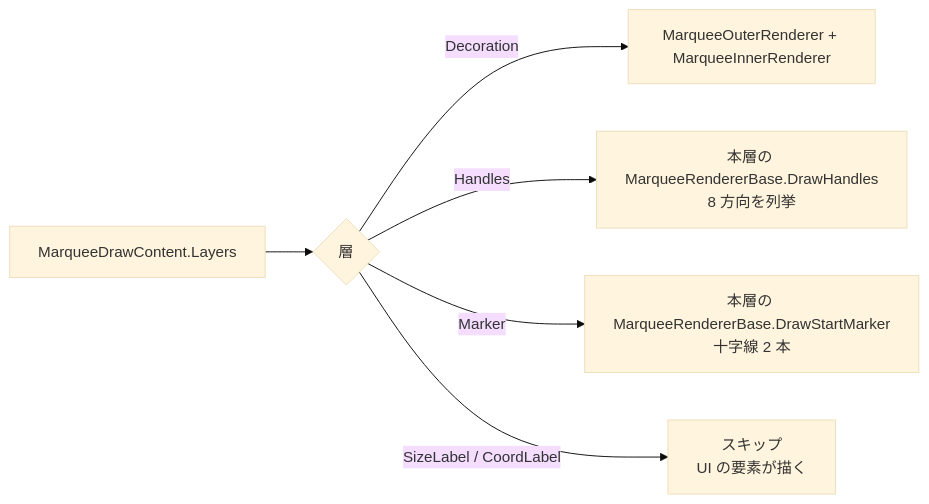
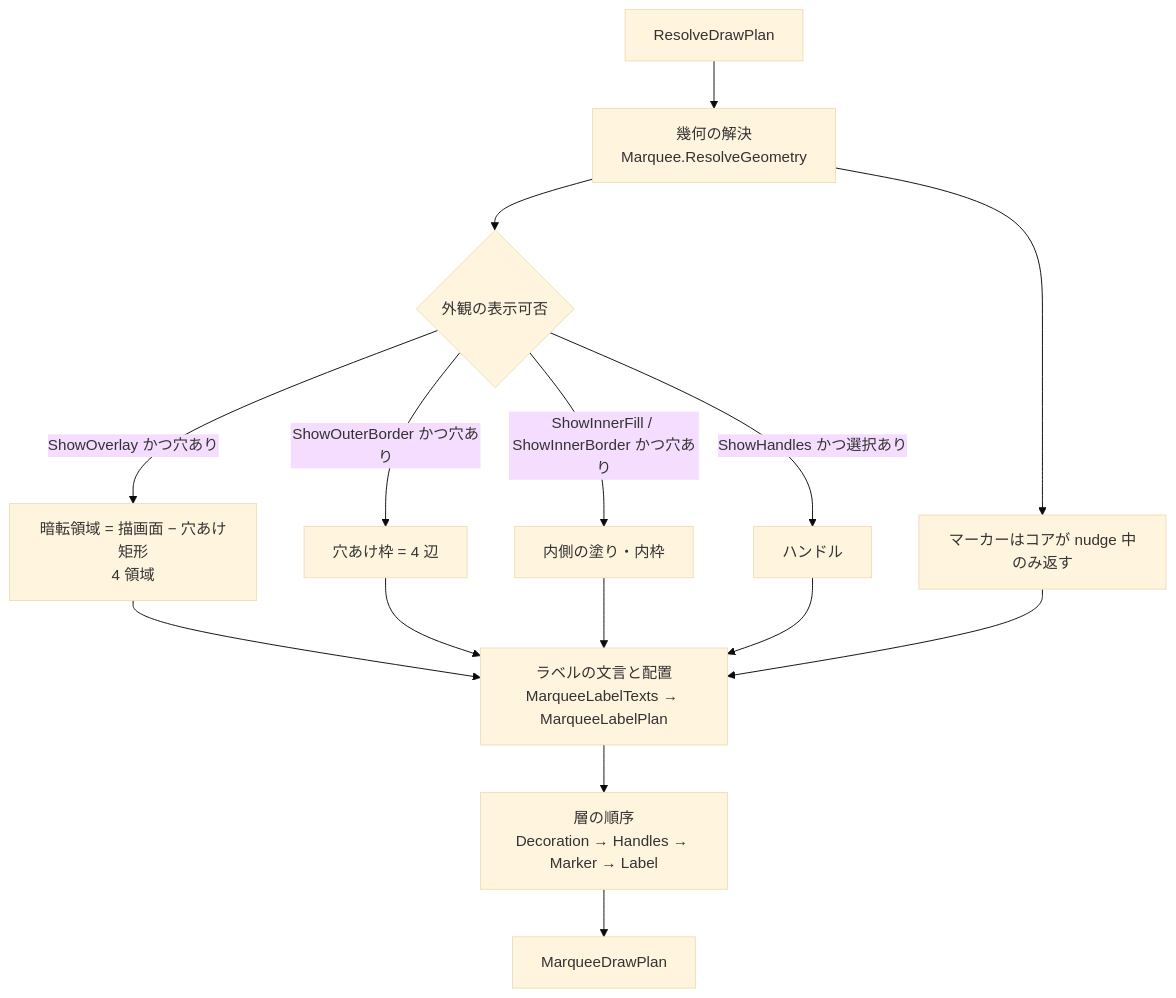
One commit to tomokuni/SaveEvidence changed the second of 2 diagrams in src/Feature.Marquee.Presenter/SPEC_System.md. Above: the diagram before and after it, drawn with Mermaid (base theme). The commit also changed other lines of this file and 4 other files, not shown here.

````diff
--- a/src/Feature.Marquee.Presenter/SPEC_System.md
+++ b/src/Feature.Marquee.Presenter/SPEC_System.md
@@ -74,8 +73,17 @@
 ```mermaid
-flowchart LR
-    A[MarqueeDrawContent.Layers] --> B{層}
-    B -->|Decoration| C[MarqueeOuterRenderer + MarqueeInnerRenderer]
-    B -->|Handles| D[本層の MarqueeRendererBase.DrawHandles<br/>8 方向を列挙]
-    B -->|Marker| E[本層の MarqueeRendererBase.DrawStartMarker<br/>十字線 2 本]
-    B -->|SizeLabel / CoordLabel| F[スキップ<br/>UI の要素が描く]
+flowchart TD
+    A[ResolveDrawPlan] --> B[幾何の解決<br/>Marquee.ResolveGeometry]
+    B --> C{外観の表示可否}
+    C -->|ShowOverlay かつ穴あり| D[暗転領域 = 描画面 − 穴あけ矩形<br/>4 領域]
+    C -->|ShowOuterBorder かつ穴あり| E[穴あけ枠 = 4 辺]
+    C -->|ShowInnerFill / ShowInnerBorder かつ穴あり| F[内側の塗り・内枠]
+    C -->|ShowHandles かつ選択あり| G[ハンドル]
+    B --> H[マーカーはコアが nudge 中のみ返す]
+    D --> I[ラベルの文言と配置<br/>MarqueeLabelTexts → MarqueeLabelPlan]
+    E --> I
+    F --> I
+    G --> I
+    H --> I
+    I --> J[層の順序<br/>Decoration → Handles → Marker → Label]
+    J --> K[MarqueeDrawPlan]
 ```
````
